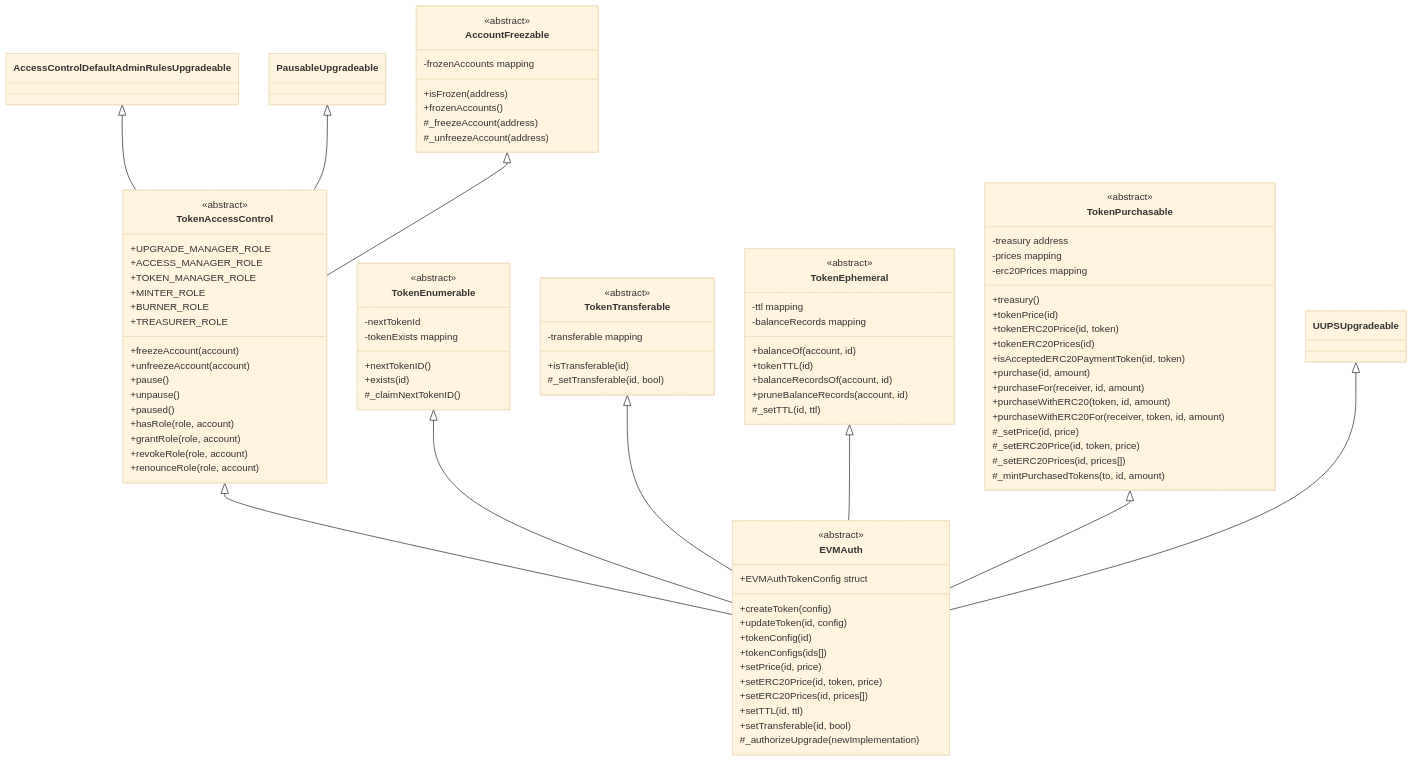
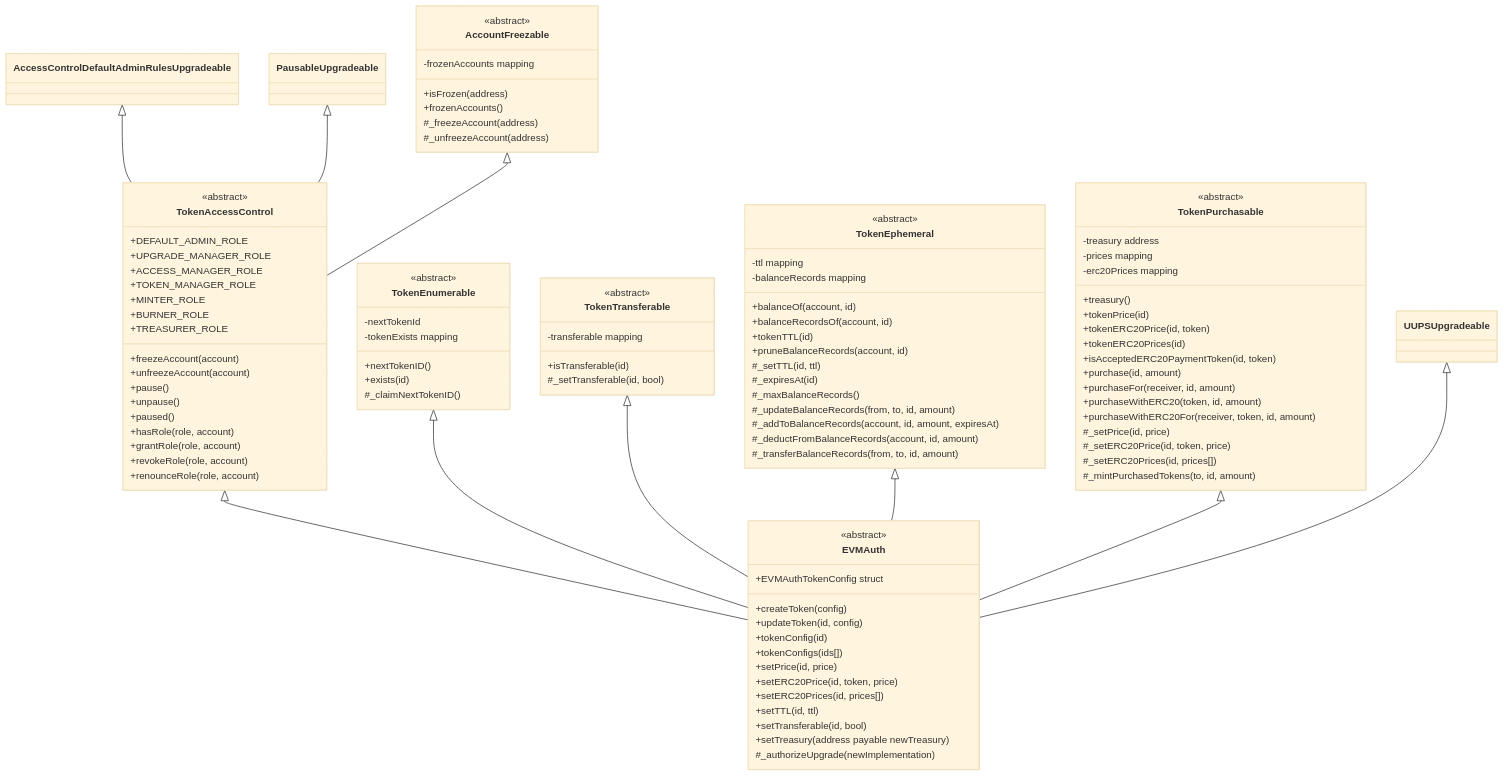
The first of 3 diagrams in README.md (glanzz/evmauth-core), drawn with Mermaid (base theme) before and after one commit. The commit also changed other lines of this file and 5 other files, not shown here.

Commit message:
feat: use shared update logic for balance records

```diff
--- a/README.md
+++ b/README.md
@@ -144,6 +144,7 @@
 classDiagram
     class TokenAccessControl {
         <<abstract>>
+        +DEFAULT_ADMIN_ROLE
         +UPGRADE_MANAGER_ROLE
         +ACCESS_MANAGER_ROLE
         +TOKEN_MANAGER_ROLE
@@ -193,10 +194,16 @@
         -ttl mapping
         -balanceRecords mapping
         +balanceOf(account, id)
+        +balanceRecordsOf(account, id)
         +tokenTTL(id)
-        +balanceRecordsOf(account, id)
         +pruneBalanceRecords(account, id)
         #_setTTL(id, ttl)
+        #_expiresAt(id)
+        #_maxBalanceRecords()
+        #_updateBalanceRecords(from, to, id, amount)
+        #_addToBalanceRecords(account, id, amount, expiresAt)
+        #_deductFromBalanceRecords(account, id, amount)
+        #_transferBalanceRecords(from, to, id, amount)
     }
     
     class TokenPurchasable {
@@ -231,6 +238,7 @@
         +setERC20Prices(id, prices[])
         +setTTL(id, ttl)
         +setTransferable(id, bool)
+        +setTreasury(address payable newTreasury)
         #_authorizeUpgrade(newImplementation)
     }
     
```
